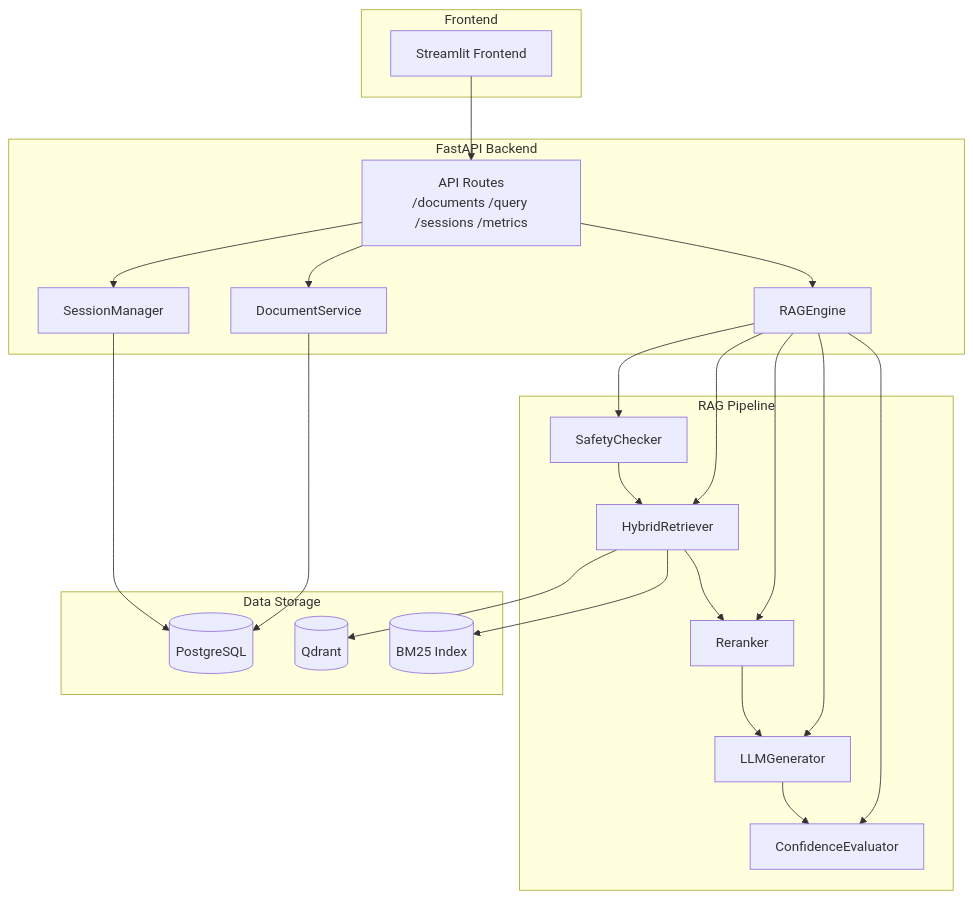
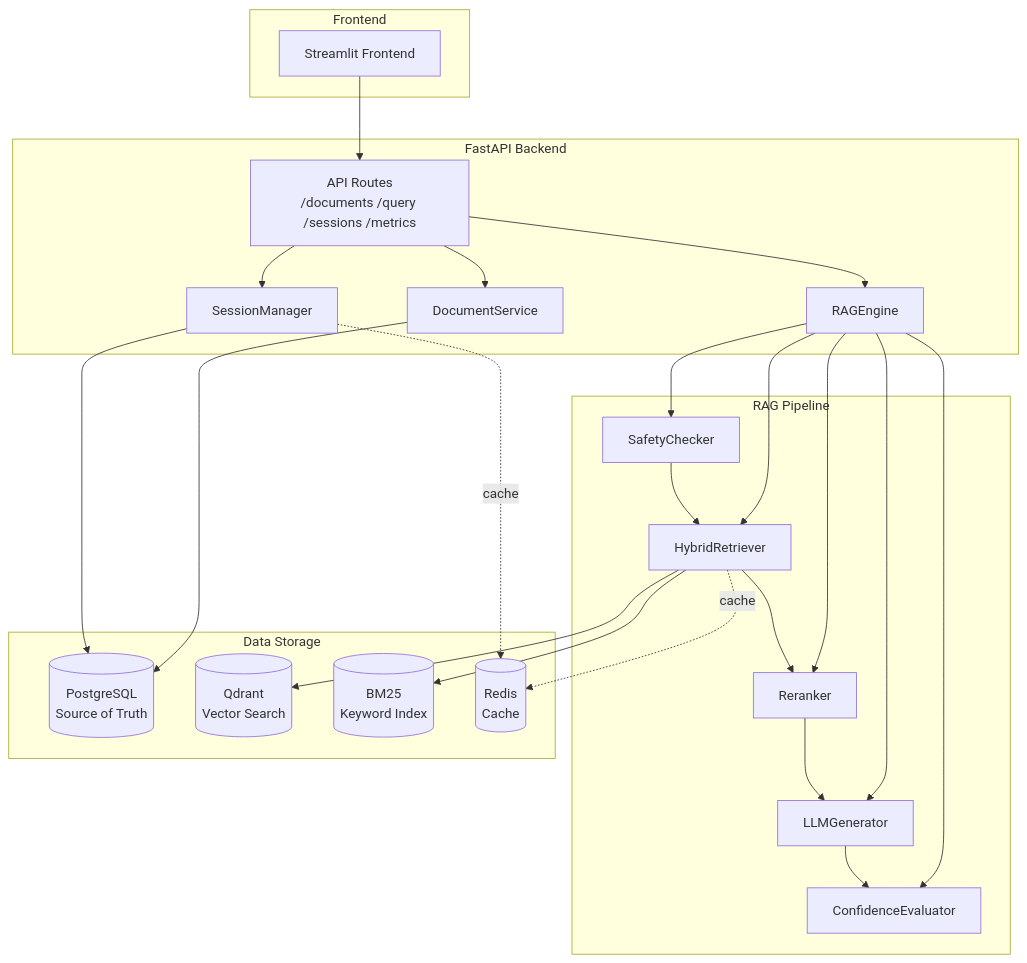
One commit to GaussAA/Medical-RAG-System changed the first of 2 diagrams in docs/detail-design/01-architecture-overview.md. Above: the diagram before and after it, drawn with Mermaid. The commit also changed other lines of this file and 8 other files, not shown here.

````diff
--- a/docs/detail-design/01-architecture-overview.md
+++ b/docs/detail-design/01-architecture-overview.md
@@ -9,48 +9,51 @@
 ```mermaid
 graph TB
     subgraph Frontend
         Streamlit[Streamlit Frontend]
     end
 
     subgraph Backend[FastAPI Backend]
         API[API Routes<br/>/documents /query /sessions /metrics]
         RAG[RAGEngine]
         DOC[DocumentService]
         SESSION[SessionManager]
     end
 
     subgraph Pipeline[RAG Pipeline]
         SC[SafetyChecker]
         HR[HybridRetriever]
         RR[Reranker]
         LLM[LLMGenerator]
         CE[ConfidenceEvaluator]
     end
 
     subgraph Storage[Data Storage]
-        PG[(PostgreSQL)]
-        QD[(Qdrant)]
-        BM25[(BM25 Index)]
+        PG[(PostgreSQL<br/>Source of Truth)]
+        QD[(Qdrant<br/>Vector Search)]
+        BM25[(BM25<br/>Keyword Index)]
+        RC[(Redis<br/>Cache)]
     end
 
     Streamlit --> API
     API --> RAG
     API --> DOC
     API --> SESSION
 
     RAG --> SC
     RAG --> HR
     RAG --> RR
     RAG --> LLM
     RAG --> CE
 
     SC --> HR
     HR --> RR
     RR --> LLM
     LLM --> CE
 
     HR --> QD
     HR --> BM25
+    HR -.->|cache| RC
     DOC --> PG
     SESSION --> PG
+    SESSION -.->|cache| RC
 ```
````
